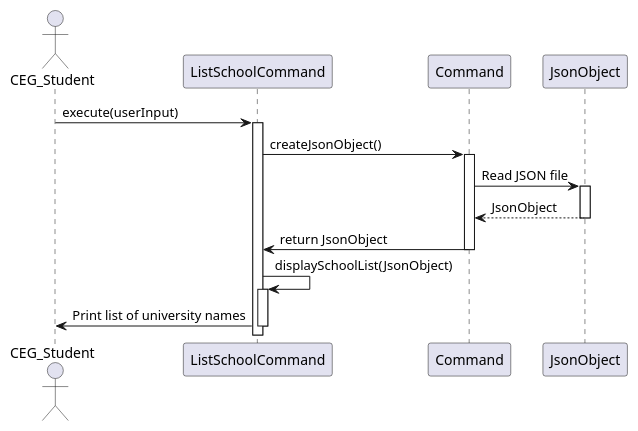
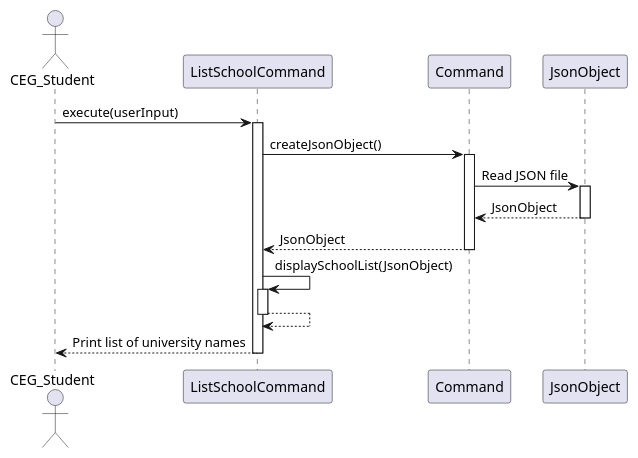
One commit to nus-cs2113-AY2425S1/tp changed the diagram in uml-diagrams/ListSchoolsCommand.puml. Above: the diagram before and after it, drawn with PlantUML. The commit also changed 1 other file, not shown here.

Commit message:
Adjust UML diagram according to feedback from teammates

```diff
--- a/uml-diagrams/ListSchoolsCommand.puml
+++ b/uml-diagrams/ListSchoolsCommand.puml
@@ -1,27 +1,31 @@
 @startuml
 actor CEG_Student
 participant ListSchoolCommand
 participant Command
 participant JsonObject
 
 CEG_Student -> ListSchoolCommand: execute(userInput)
 activate ListSchoolCommand
 
 ListSchoolCommand -> Command: createJsonObject()
 activate Command
 
 Command -> JsonObject: Read JSON file
 activate JsonObject
 
 JsonObject --> Command: JsonObject
 deactivate JsonObject
 
-Command -> ListSchoolCommand: return JsonObject
+Command --> ListSchoolCommand: JsonObject
 deactivate Command
 
 ListSchoolCommand -> ListSchoolCommand: displaySchoolList(JsonObject)
 activate ListSchoolCommand
 
-ListSchoolCommand -> CEG_Student: Print list of university names
+ListSchoolCommand --> ListSchoolCommand
+deactivate ListSchoolCommand
+
+
+ListSchoolCommand --> CEG_Student: Print list of university names
 deactivate ListSchoolCommand
 @enduml
```
